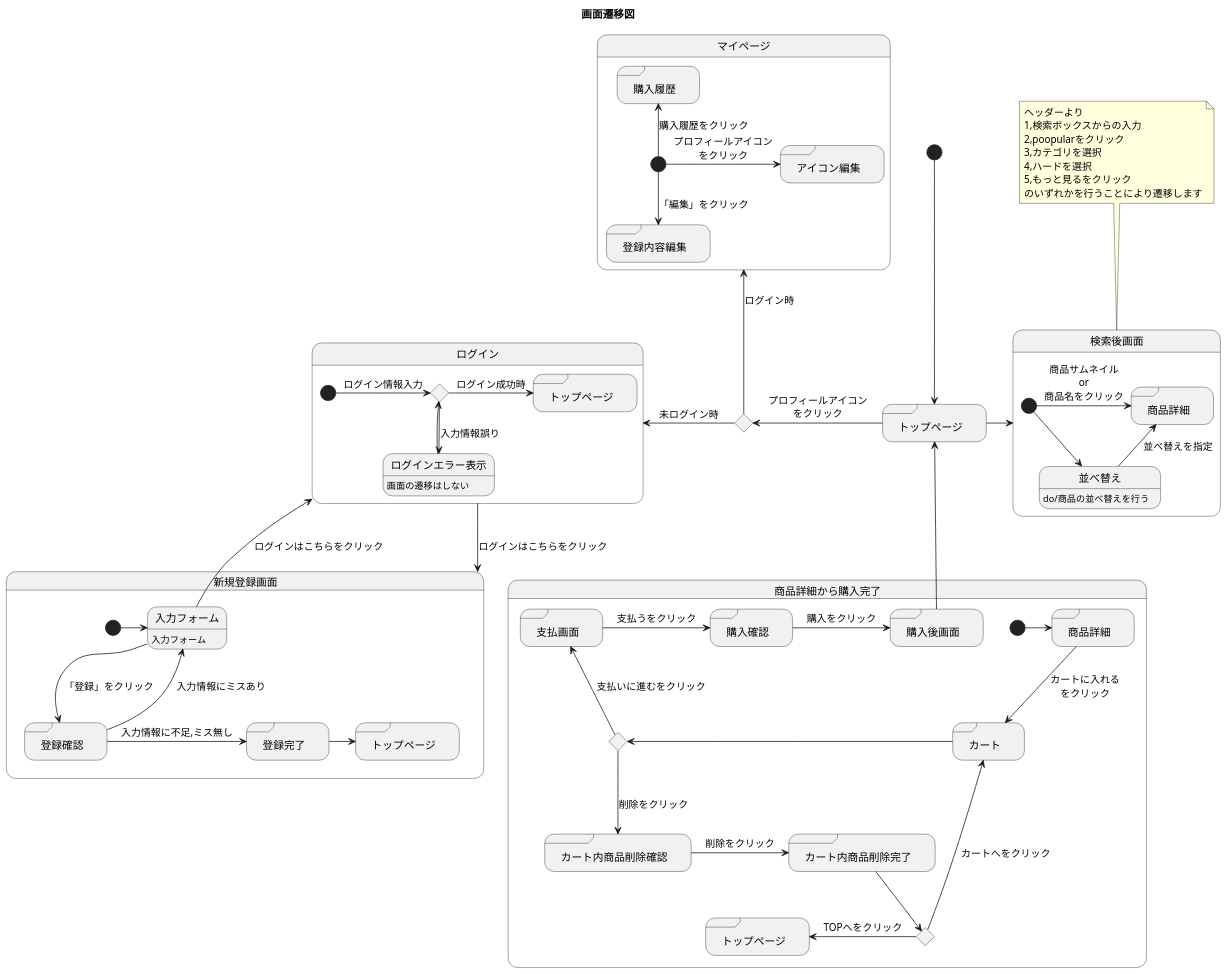
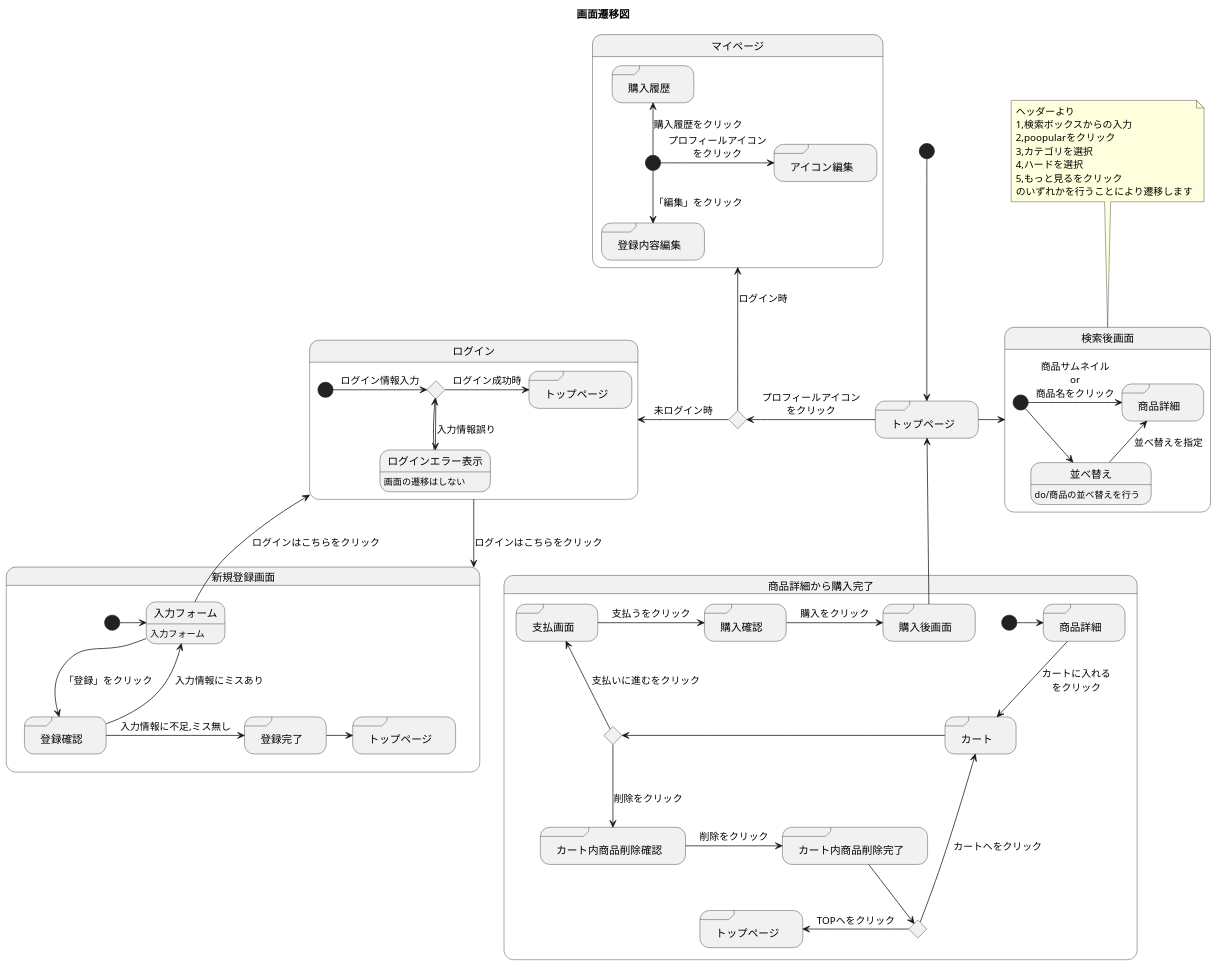
The diagram in UML.md (akutori/T-D-E), drawn with PlantUML before and after one commit.

Commit message:
修正

````diff
--- a/UML.md
+++ b/UML.md
@@ -1,6 +1,6 @@
 ```uml
 @startuml
-scale 1.23
+scale 1.22
 title 画面遷移図
 state ifmain <<choice>>
 state "トップページ" as main <<sdlreceive>>
````
